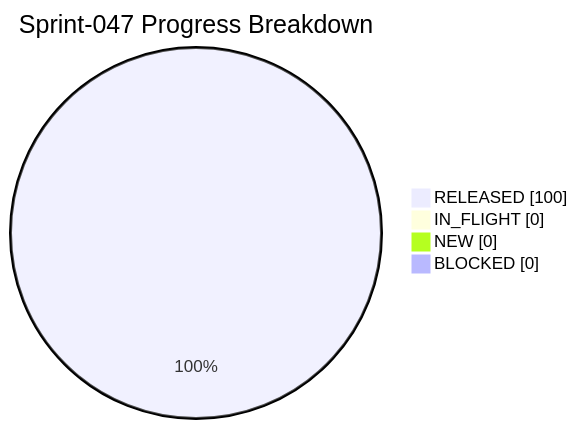
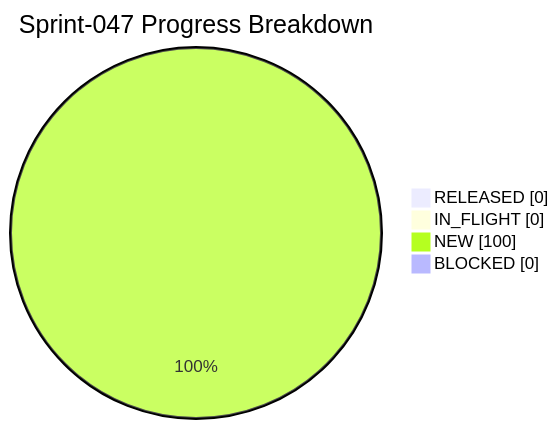
The diagram in docs/history/sprints/SPRINT-047-PROGRESS.md (famatyyk/CTOAi), drawn with Mermaid before and after one commit. The commit also changed other lines of this file and 46 other files, not shown here.

````diff
--- a/docs/history/sprints/SPRINT-047-PROGRESS.md
+++ b/docs/history/sprints/SPRINT-047-PROGRESS.md
@@ -8,8 +8,8 @@
 ```mermaid
 pie showData
     title Sprint-047 Progress Breakdown
-    "RELEASED" : 100.0
+    "RELEASED" : 0.0
     "IN_FLIGHT" : 0.0
-    "NEW" : 0.0
+    "NEW" : 100.0
     "BLOCKED" : 0.0
 ```
````
